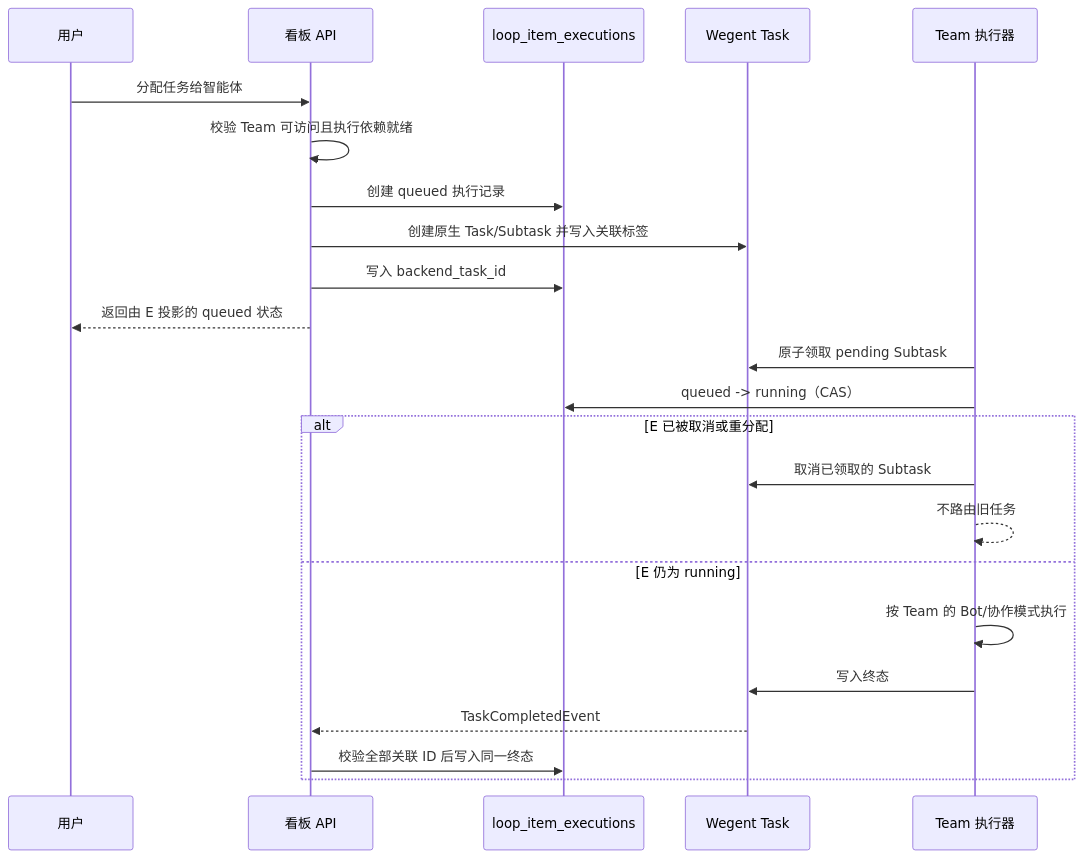
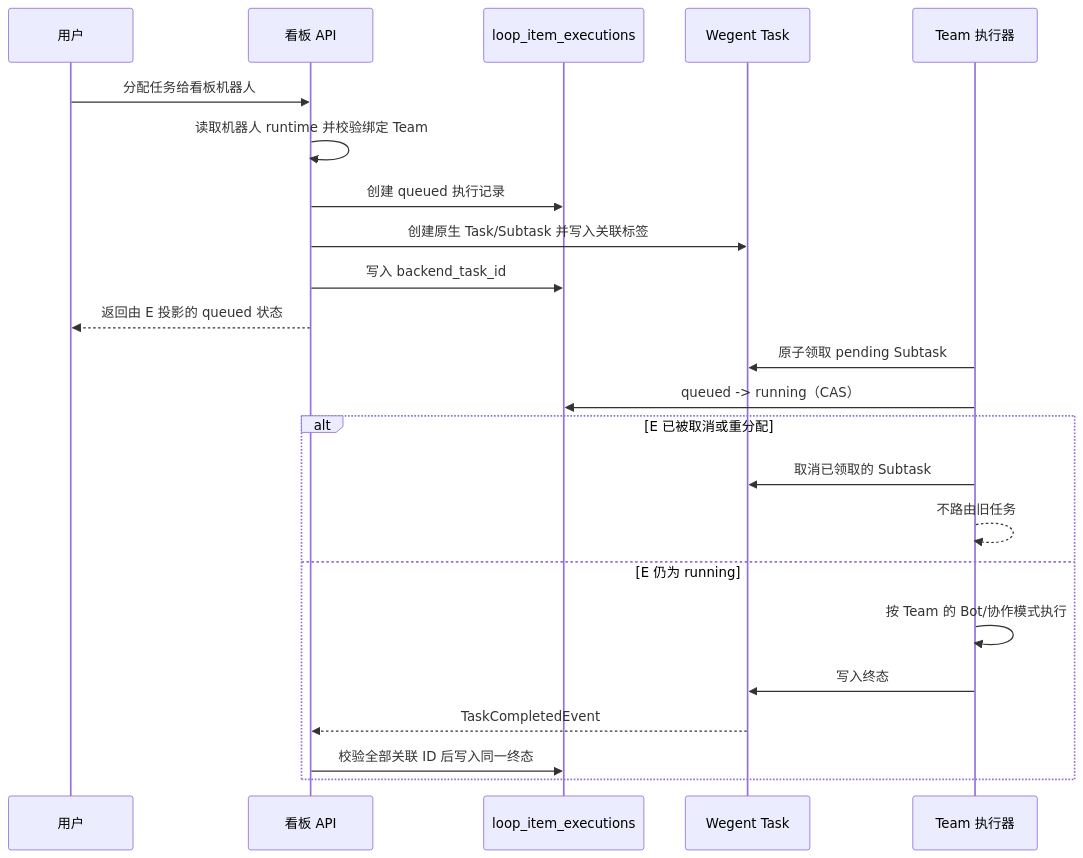
One commit to wecode-ai/Wegent changed the second of 2 diagrams in docs/zh/wegent/developer-guide/cloud-project-collaboration.md. Above: the diagram before and after it, drawn with Mermaid. The commit also changed other lines of this file and 19 other files, not shown here.

````diff
--- a/docs/zh/wegent/developer-guide/cloud-project-collaboration.md
+++ b/docs/zh/wegent/developer-guide/cloud-project-collaboration.md
@@ -105,26 +106,26 @@
 ```mermaid
 sequenceDiagram
     participant U as 用户
     participant B as 看板 API
     participant E as loop_item_executions
     participant T as Wegent Task
     participant R as Team 执行器
 
-    U->>B: 分配任务给智能体
-    B->>B: 校验 Team 可访问且执行依赖就绪
+    U->>B: 分配任务给看板机器人
+    B->>B: 读取机器人 runtime 并校验绑定 Team
     B->>E: 创建 queued 执行记录
     B->>T: 创建原生 Task/Subtask 并写入关联标签
     B->>E: 写入 backend_task_id
     B-->>U: 返回由 E 投影的 queued 状态
     R->>T: 原子领取 pending Subtask
     R->>E: queued -> running（CAS）
     alt E 已被取消或重分配
         R->>T: 取消已领取的 Subtask
         R-->>R: 不路由旧任务
     else E 仍为 running
         R->>R: 按 Team 的 Bot/协作模式执行
         R->>T: 写入终态
         T-->>B: TaskCompletedEvent
         B->>E: 校验全部关联 ID 后写入同一终态
     end
 ```
````
